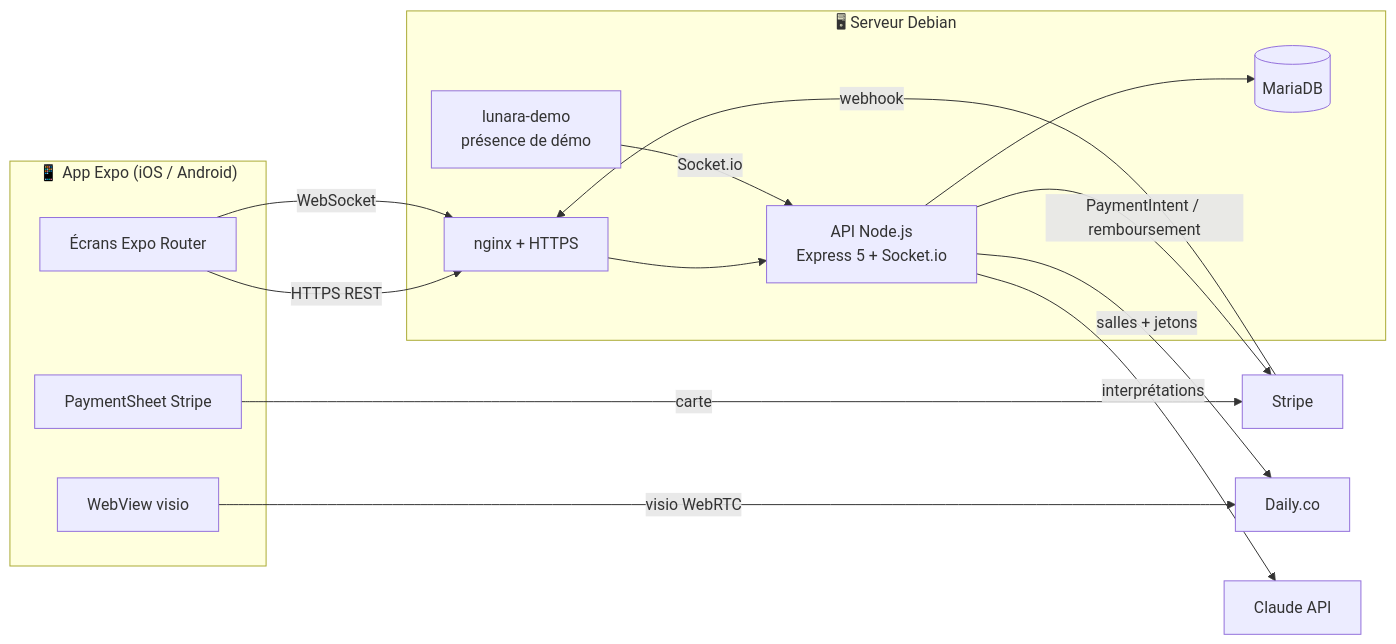
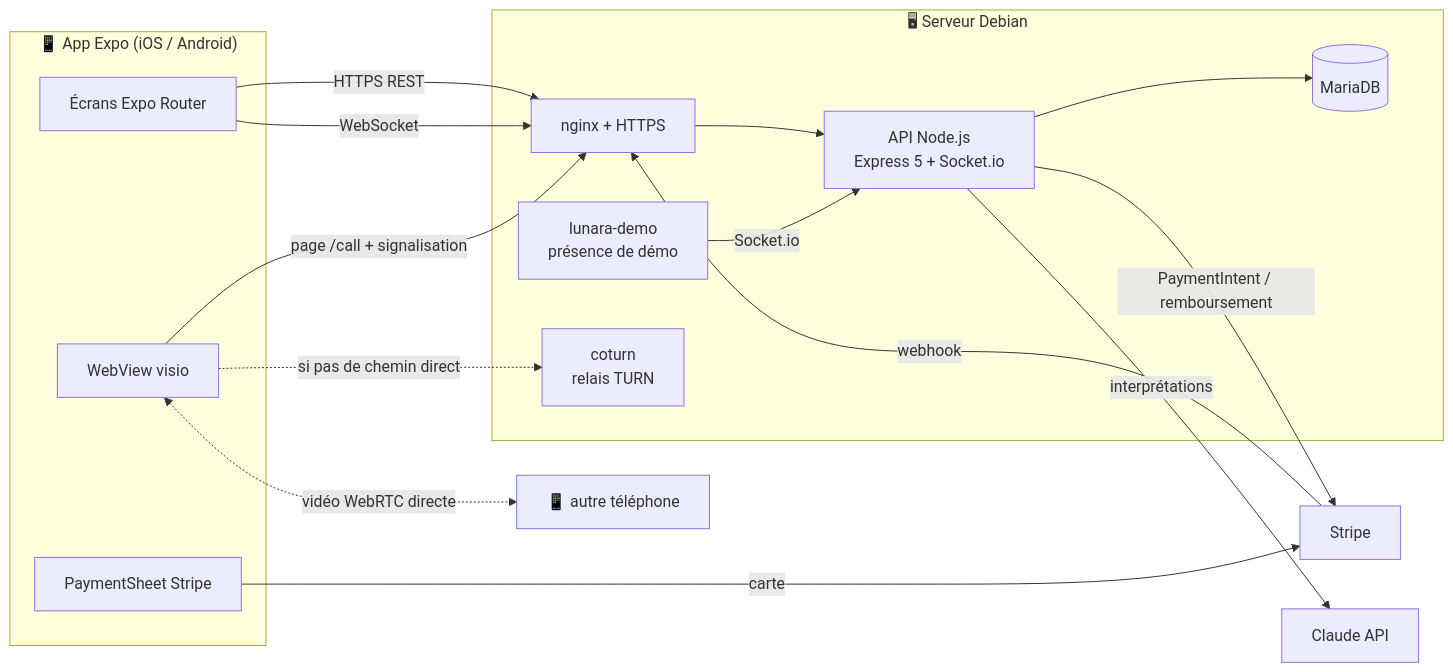
The first of 5 diagrams in README.md (Duapar13/Lunara), drawn with Mermaid before and after one commit. The commit also changed other lines of this file and 14 other files, not shown here.

First line of the commit message:
Visio maison : WebRTC + signalisation Socket.io + relais TURN, sans Daily

````diff
--- a/README.md
+++ b/README.md
@@ -166,28 +166,30 @@
 ```mermaid
 flowchart LR
   subgraph Phone["📱 App Expo (iOS / Android)"]
     UI[Écrans Expo Router]
     WV[WebView visio]
     PS[PaymentSheet Stripe]
   end
 
   subgraph Server["🖥 Serveur Debian"]
     NG[nginx + HTTPS]
     API[API Node.js<br/>Express 5 + Socket.io]
     DB[(MariaDB)]
     DEMO[lunara-demo<br/>présence de démo]
+    TURN[coturn<br/>relais TURN]
   end
 
   UI -- HTTPS REST --> NG
   UI -- WebSocket --> NG
   NG --> API
   API --> DB
   DEMO -- Socket.io --> API
 
   PS -- carte --> STRIPE[Stripe]
   STRIPE -- webhook --> NG
   API -- PaymentIntent / remboursement --> STRIPE
-  API -- salles + jetons --> DAILY[Daily.co]
-  WV -- visio WebRTC --> DAILY
+  WV -- page /call + signalisation --> NG
+  WV <-. vidéo WebRTC directe .-> WV2[📱 autre téléphone]
+  WV -. si pas de chemin direct .-> TURN
   API -- interprétations --> CLAUDE[Claude API]
 ```
````
